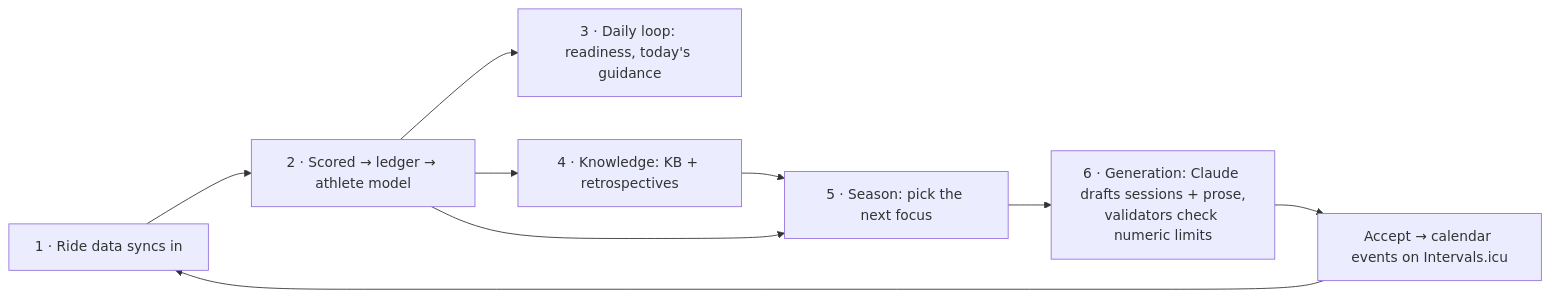
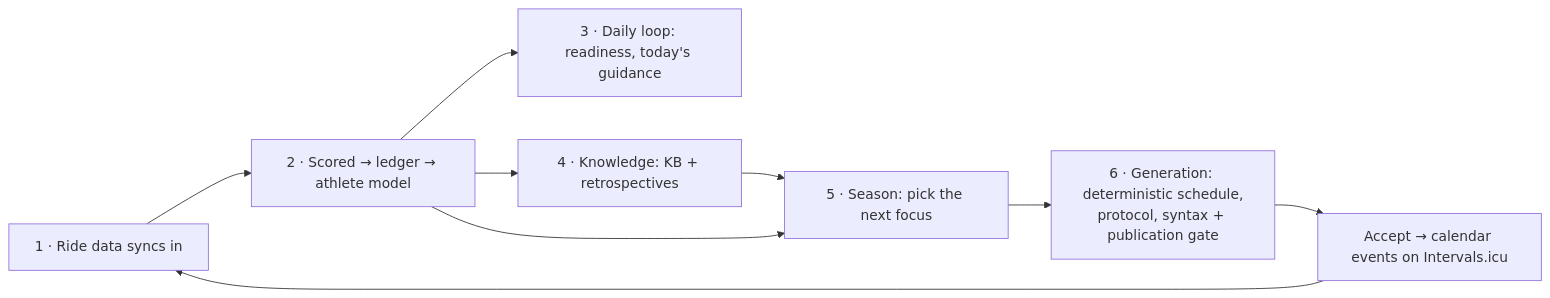
Before and after one commit to Xon333/Nodevelo: the diagram in docs/COMPASS.md, drawn with Mermaid. The commit also changed other lines of this file and 87 other files, not shown here.

````diff
--- a/docs/COMPASS.md
+++ b/docs/COMPASS.md
@@ -9,11 +9,11 @@
 ```mermaid
 flowchart LR
   A[1 · Ride data syncs in] --> B[2 · Scored → ledger → athlete model]
   B --> C[3 · Daily loop: readiness, today's guidance]
   B --> D[4 · Knowledge: KB + retrospectives]
   D --> E[5 · Season: pick the next focus]
   B --> E
-  E --> F[6 · Generation: Claude drafts sessions + prose,\nvalidators check numeric limits]
+  E --> F[6 · Generation: deterministic schedule,\nprotocol, syntax + publication gate]
   F --> G[Accept → calendar events on Intervals.icu]
   G --> A
 ```
````
